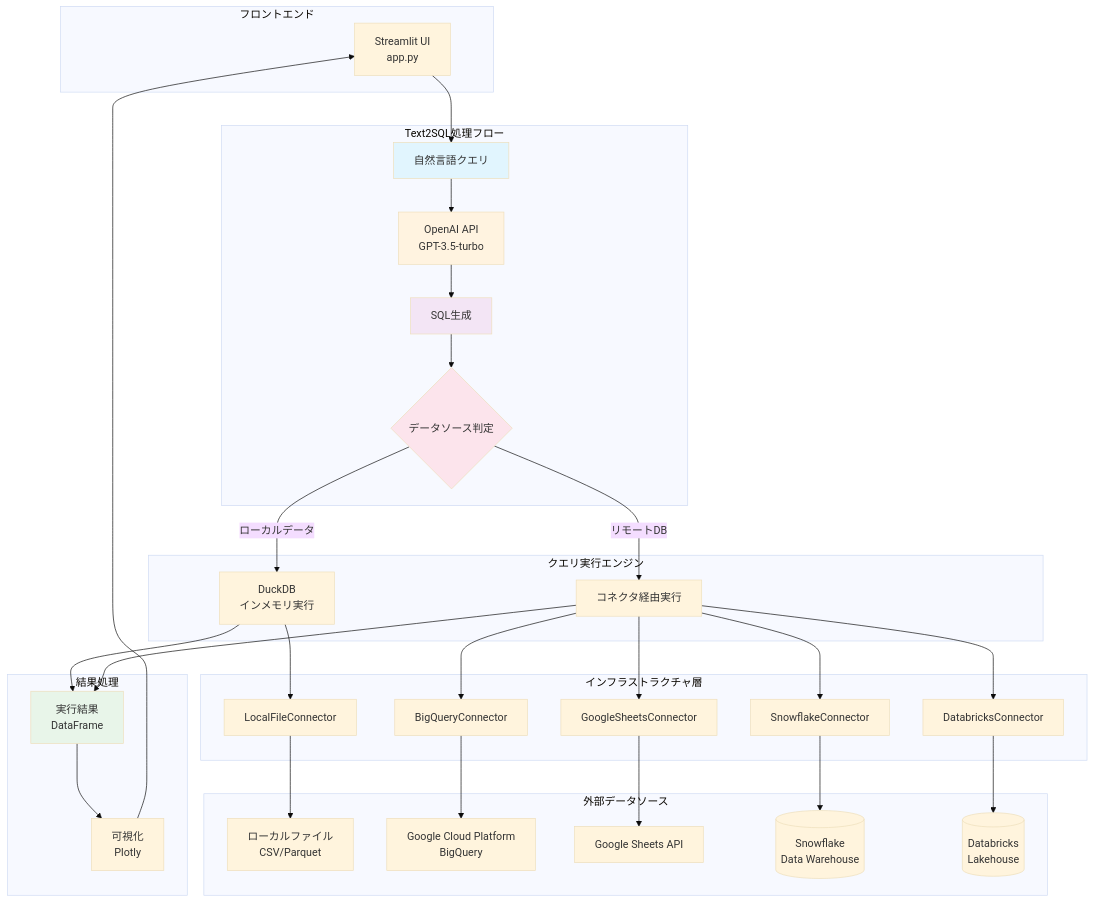
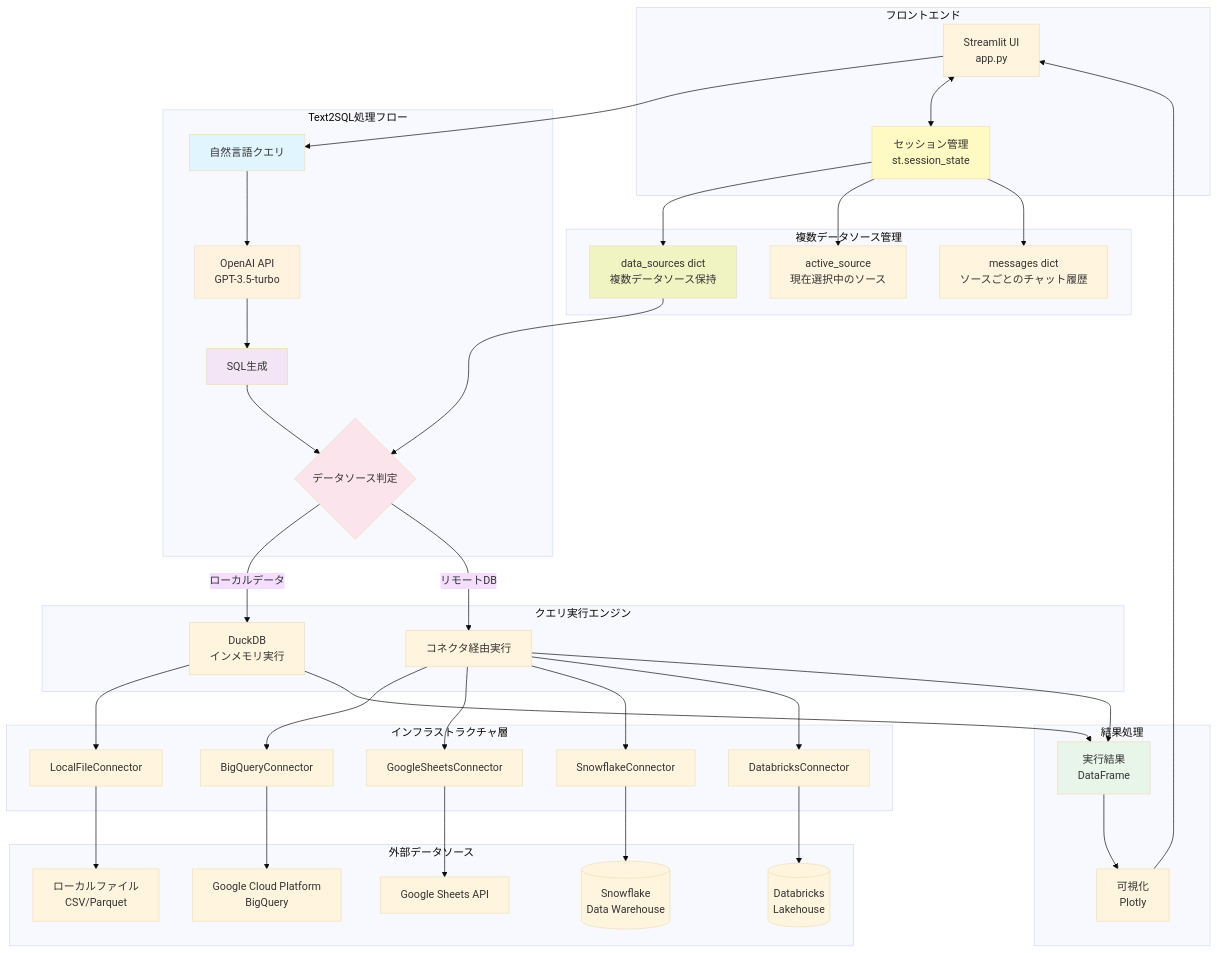
The first of 4 diagrams in architecture/system_architecture.md (RyutoYoda/simple_text2sql_v02), drawn with Mermaid (base theme) before and after one commit. The commit also changed other lines of this file and 3 other files, not shown here.

````diff
--- a/architecture/system_architecture.md
+++ b/architecture/system_architecture.md
@@ -8,47 +8,59 @@
 ```mermaid
 graph TB
     subgraph "フロントエンド"
         UI[Streamlit UI<br/>app.py]
+        Session[セッション管理<br/>st.session_state]
+    end
+
+    subgraph "複数データソース管理"
+        Session --> DataSources[data_sources dict<br/>複数データソース保持]
+        Session --> ActiveSource[active_source<br/>現在選択中のソース]
+        Session --> Messages[messages dict<br/>ソースごとのチャット履歴]
     end
 
     subgraph "Text2SQL処理フロー"
         UI --> NLQ[自然言語クエリ]
         NLQ --> OpenAI[OpenAI API<br/>GPT-3.5-turbo]
         OpenAI --> SQL[SQL生成]
         SQL --> Router{データソース判定}
     end
 
     subgraph "クエリ実行エンジン"
         Router -->|ローカルデータ| DuckDB[DuckDB<br/>インメモリ実行]
         Router -->|リモートDB| Connectors[コネクタ経由実行]
     end
 
     subgraph "インフラストラクチャ層"
         DuckDB --> LocalFile[LocalFileConnector]
         Connectors --> BigQuery[BigQueryConnector]
         Connectors --> Sheets[GoogleSheetsConnector]
         Connectors --> Snowflake[SnowflakeConnector]
         Connectors --> Databricks[DatabricksConnector]
     end
 
     subgraph "外部データソース"
         LocalFile --> Files[ローカルファイル<br/>CSV/Parquet]
         BigQuery --> GCP[Google Cloud Platform<br/>BigQuery]
         Sheets --> GoogleAPI[Google Sheets API]
         Snowflake --> SnowflakeDB[(Snowflake<br/>Data Warehouse)]
         Databricks --> DatabricksDB[(Databricks<br/>Lakehouse)]
     end
 
     subgraph "結果処理"
         DuckDB --> Result[実行結果<br/>DataFrame]
         Connectors --> Result
         Result --> Viz[可視化<br/>Plotly]
         Viz --> UI
     end
 
+    UI <--> Session
+    DataSources --> Router
+
     style NLQ fill:#e1f5fe
     style OpenAI fill:#fff3e0
     style SQL fill:#f3e5f5
     style Router fill:#fce4ec
     style Result fill:#e8f5e9
+    style Session fill:#fff9c4
+    style DataSources fill:#f0f4c3
 ```
````
